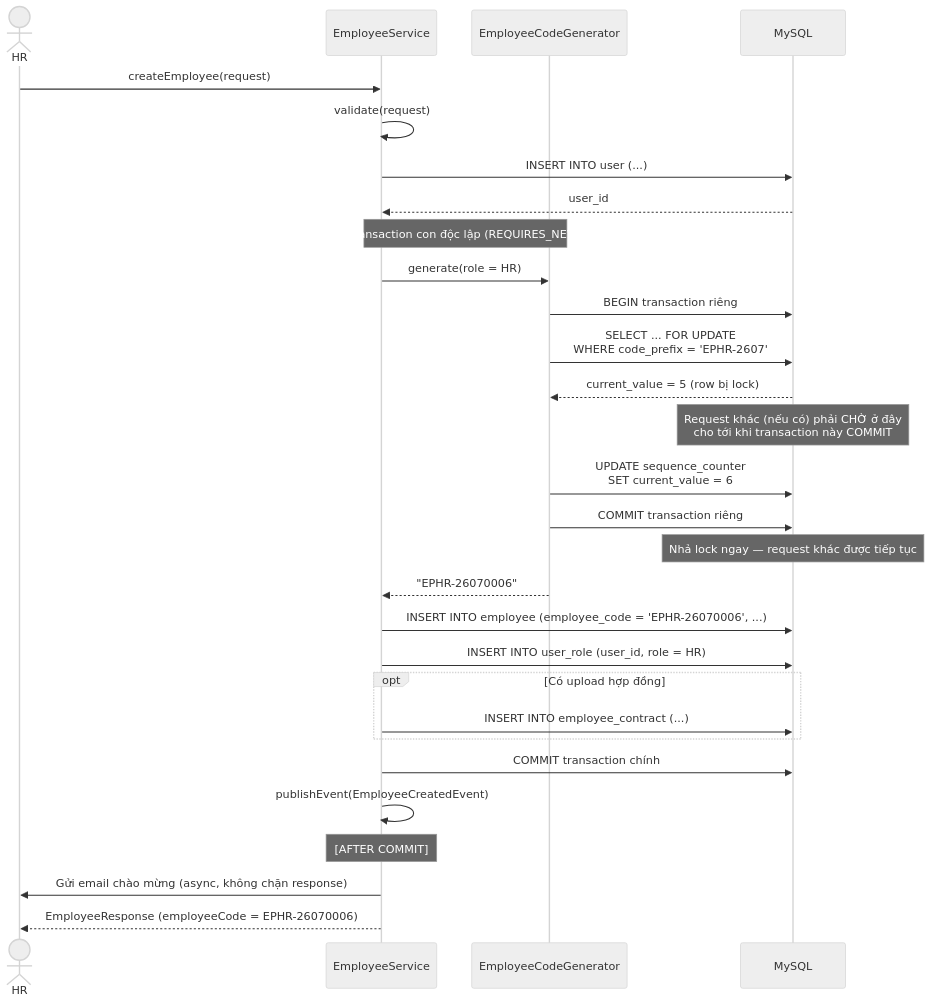
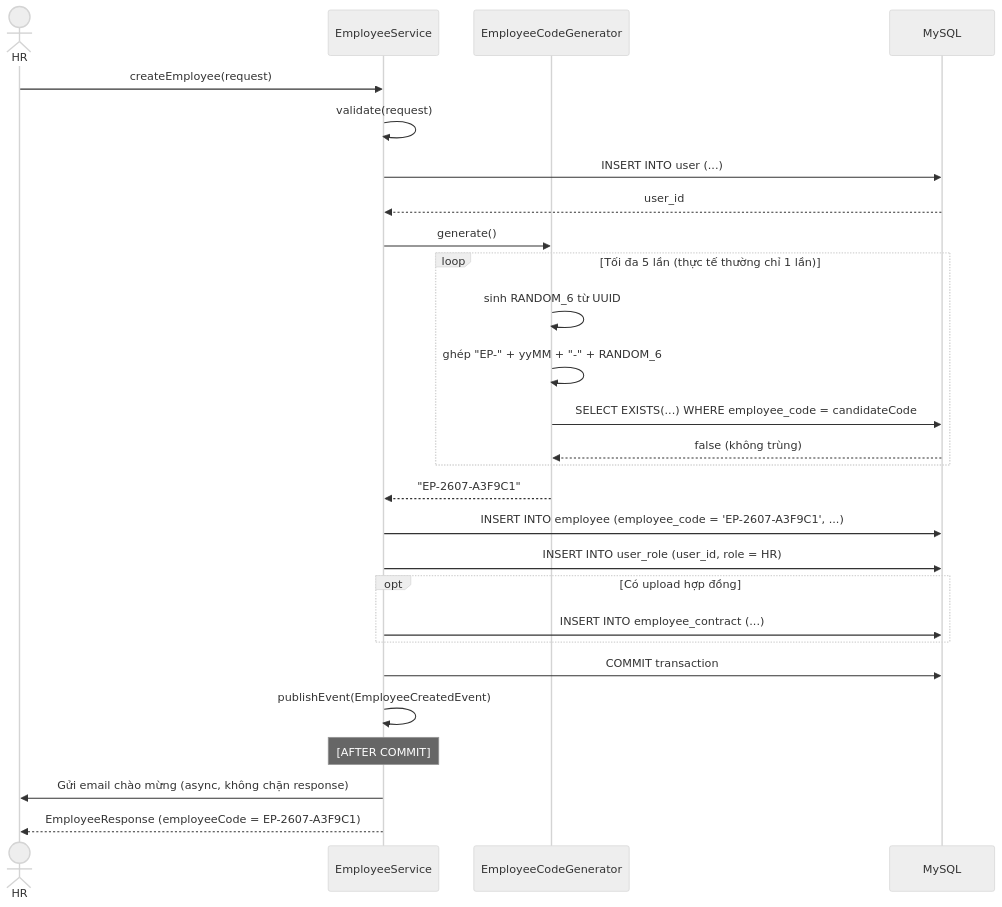
One commit to vutiendat2302/ai-personalized-lms changed the third of 5 diagrams in backend/luong-nghiep-vu-hr-student.md. Above: the diagram before and after it, drawn with Mermaid (neutral theme). The commit also changed other lines of this file and 41 other files, not shown here.

````diff
--- a/backend/luong-nghiep-vu-hr-student.md
+++ b/backend/luong-nghiep-vu-hr-student.md
@@ -107,41 +95,37 @@
 ```mermaid
 sequenceDiagram
     actor HR
     participant EmployeeService as EmployeeService
     participant CodeGenerator as EmployeeCodeGenerator
     participant DB as MySQL
  
     HR->>EmployeeService: createEmployee(request)
     EmployeeService->>EmployeeService: validate(request)
  
     EmployeeService->>DB: INSERT INTO user (...)
     DB-->>EmployeeService: user_id
  
-    Note over EmployeeService,CodeGenerator: Transaction con độc lập (REQUIRES_NEW)
-    EmployeeService->>CodeGenerator: generate(role = HR)
-    CodeGenerator->>DB: BEGIN transaction riêng
-    CodeGenerator->>DB: SELECT ... FOR UPDATE<br/>WHERE code_prefix = 'EPHR-2607'
-    DB-->>CodeGenerator: current_value = 5 (row bị lock)
+    EmployeeService->>CodeGenerator: generate()
+    loop Tối đa 5 lần (thực tế thường chỉ 1 lần)
+        CodeGenerator->>CodeGenerator: sinh RANDOM_6 từ UUID
+        CodeGenerator->>CodeGenerator: ghép "EP-" + yyMM + "-" + RANDOM_6
+        CodeGenerator->>DB: SELECT EXISTS(...) WHERE employee_code = candidateCode
+        DB-->>CodeGenerator: false (không trùng)
+    end
+    CodeGenerator-->>EmployeeService: "EP-2607-A3F9C1"
  
-    Note over DB: Request khác (nếu có) phải CHỜ ở đây<br/>cho tới khi transaction này COMMIT
- 
-    CodeGenerator->>DB: UPDATE sequence_counter<br/>SET current_value = 6
-    CodeGenerator->>DB: COMMIT transaction riêng
-    Note over DB: Nhả lock ngay — request khác được tiếp tục
-    CodeGenerator-->>EmployeeService: "EPHR-26070006"
- 
-    EmployeeService->>DB: INSERT INTO employee (employee_code = 'EPHR-26070006', ...)
+    EmployeeService->>DB: INSERT INTO employee (employee_code = 'EP-2607-A3F9C1', ...)
     EmployeeService->>DB: INSERT INTO user_role (user_id, role = HR)
  
     opt Có upload hợp đồng
         EmployeeService->>DB: INSERT INTO employee_contract (...)
     end
  
-    EmployeeService->>DB: COMMIT transaction chính
+    EmployeeService->>DB: COMMIT transaction
     EmployeeService->>EmployeeService: publishEvent(EmployeeCreatedEvent)
  
     Note over EmployeeService: [AFTER COMMIT]
     EmployeeService->>HR: Gửi email chào mừng (async, không chặn response)
  
-    EmployeeService-->>HR: EmployeeResponse (employeeCode = EPHR-26070006)
+    EmployeeService-->>HR: EmployeeResponse (employeeCode = EP-2607-A3F9C1)
 ```
````
